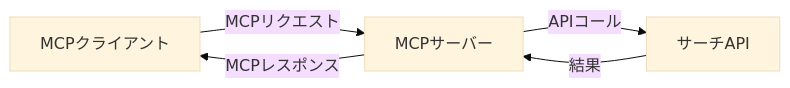
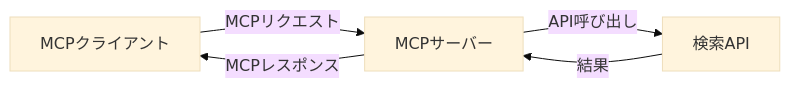
One commit to microsoft/mcp-for-beginners changed the second of 4 diagrams in translations/ja/05-AdvancedTopics/mcp-realtimesearch/README.md. Above: the diagram before and after it, drawn with Mermaid (base theme). The commit also changed other lines of this file and 110 other files, not shown here.

````diff
--- a/translations/ja/05-AdvancedTopics/mcp-realtimesearch/README.md
+++ b/translations/ja/05-AdvancedTopics/mcp-realtimesearch/README.md
@@ -598,7 +600,7 @@
 ```mermaid
 graph LR
     Client[MCPクライアント] --> |MCPリクエスト| Server[MCPサーバー]
-    Server --> |APIコール| SearchAPI[サーチAPI]
+    Server --> |API呼び出し| SearchAPI[検索API]
     SearchAPI --> |結果| Server
     Server --> |MCPレスポンス| Client
 ```
````
